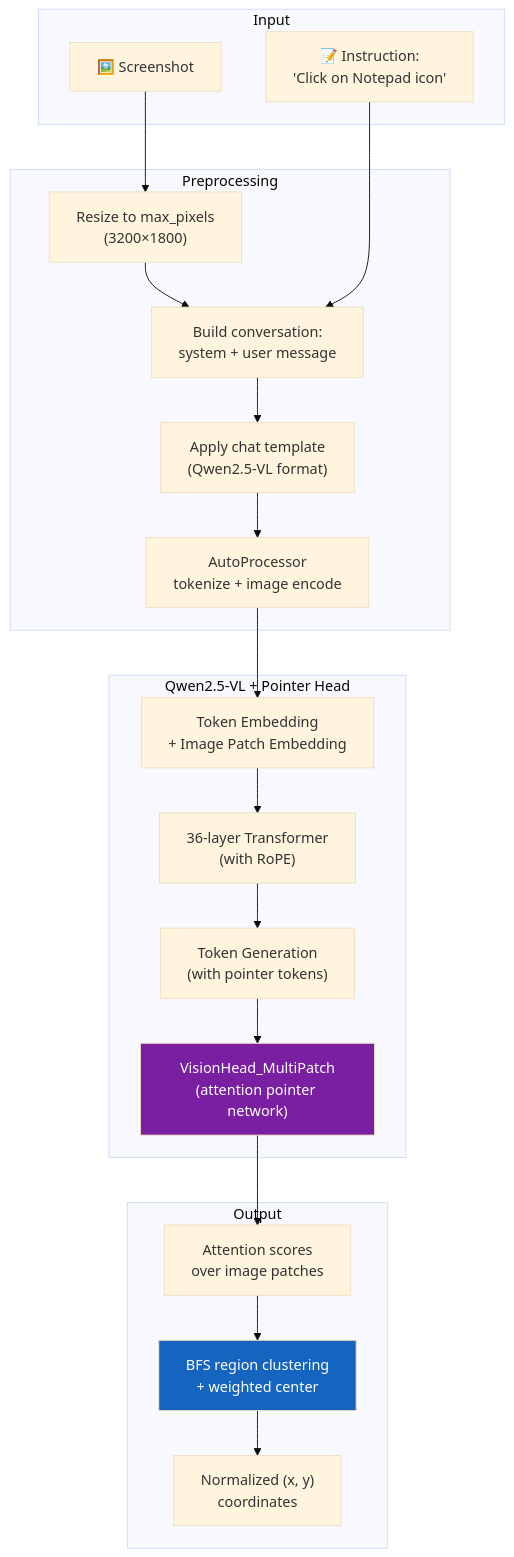
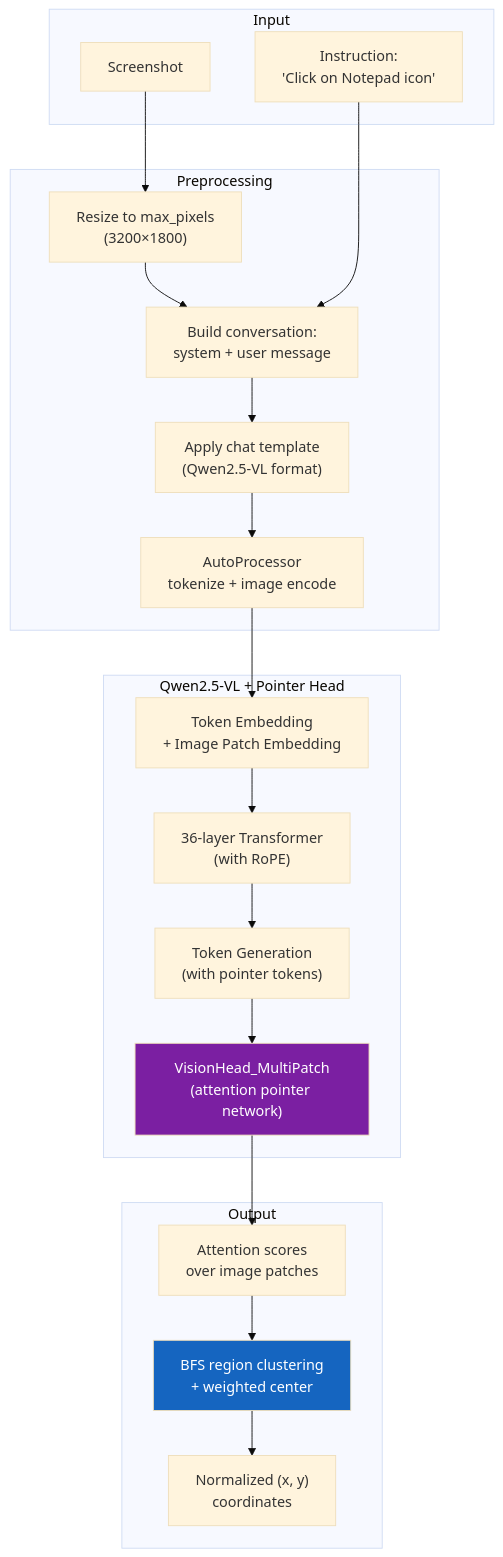
Before and after one commit to ZiadMD/ScreenSeekeR-Desktop-Automation: the tenth of 19 diagrams in doc/methodology.md, drawn with Mermaid (base theme). The commit also changed other lines of this file and 3 other files, not shown here.

````diff
--- a/doc/methodology.md
+++ b/doc/methodology.md
@@ -449,37 +449,37 @@
 ```mermaid
 graph TD
     subgraph Input
-        IMG["🖼️ Screenshot"]
-        INST["📝 Instruction:<br/>'Click on Notepad icon'"]
+        IMG["Screenshot"]
+        INST["Instruction:<br/>'Click on Notepad icon'"]
     end
 
     subgraph Preprocessing
         RESIZE["Resize to max_pixels<br/>(3200×1800)"]
         CONV["Build conversation:<br/>system + user message"]
         TEMPLATE["Apply chat template<br/>(Qwen2.5-VL format)"]
         PROC["AutoProcessor<br/>tokenize + image encode"]
     end
 
     subgraph Model["Qwen2.5-VL + Pointer Head"]
         EMBED["Token Embedding<br/>+ Image Patch Embedding"]
         XFORMER["36-layer Transformer<br/>(with RoPE)"]
         DECODE["Token Generation<br/>(with pointer tokens)"]
         POINTER["VisionHead_MultiPatch<br/>(attention pointer network)"]
     end
 
     subgraph Output
         ATTN["Attention scores<br/>over image patches"]
         BFS["BFS region clustering<br/>+ weighted center"]
         COORD["Normalized (x, y)<br/>coordinates"]
     end
 
     IMG --> RESIZE --> CONV
     INST --> CONV
     CONV --> TEMPLATE --> PROC --> EMBED
     EMBED --> XFORMER --> DECODE
     DECODE --> POINTER
     POINTER --> ATTN --> BFS --> COORD
 
     style POINTER fill:#7b1fa2,color:#fff
     style BFS fill:#1565c0,color:#fff
 ```
````
